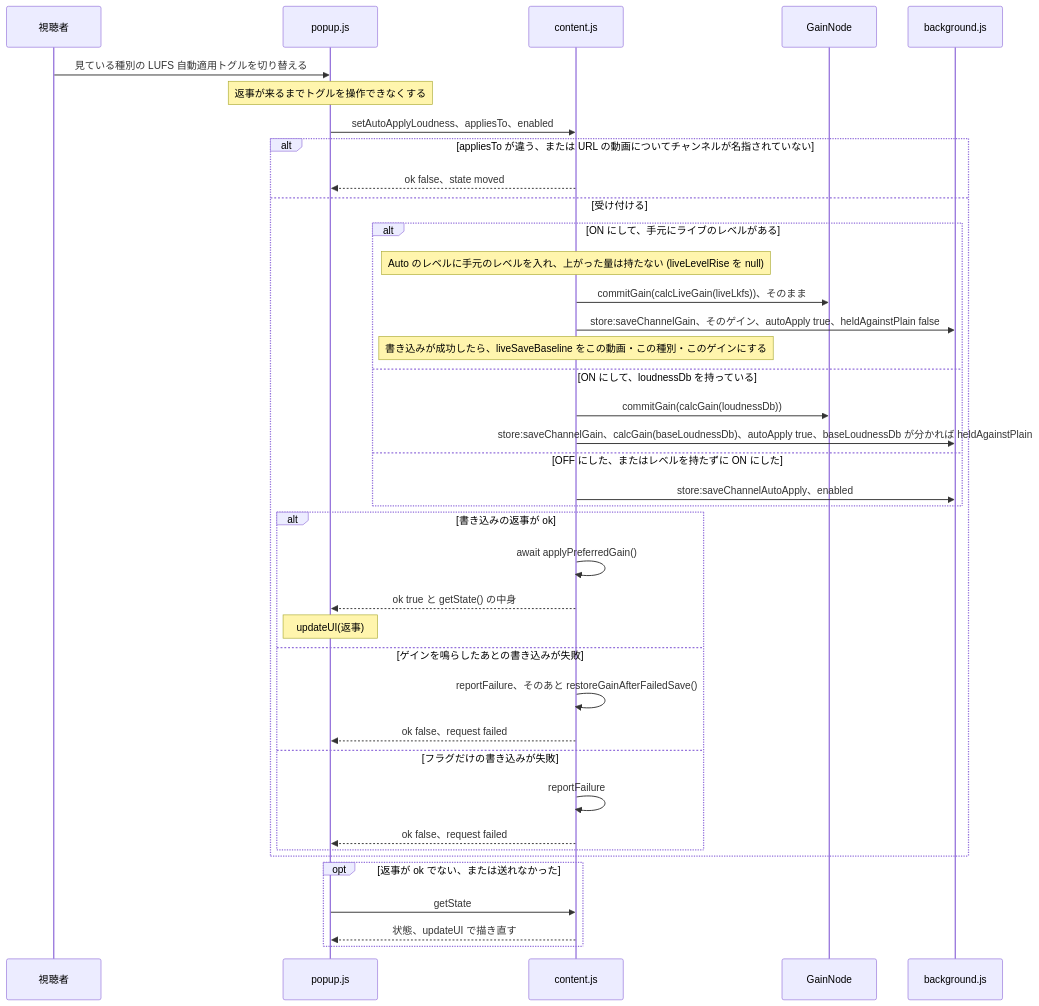
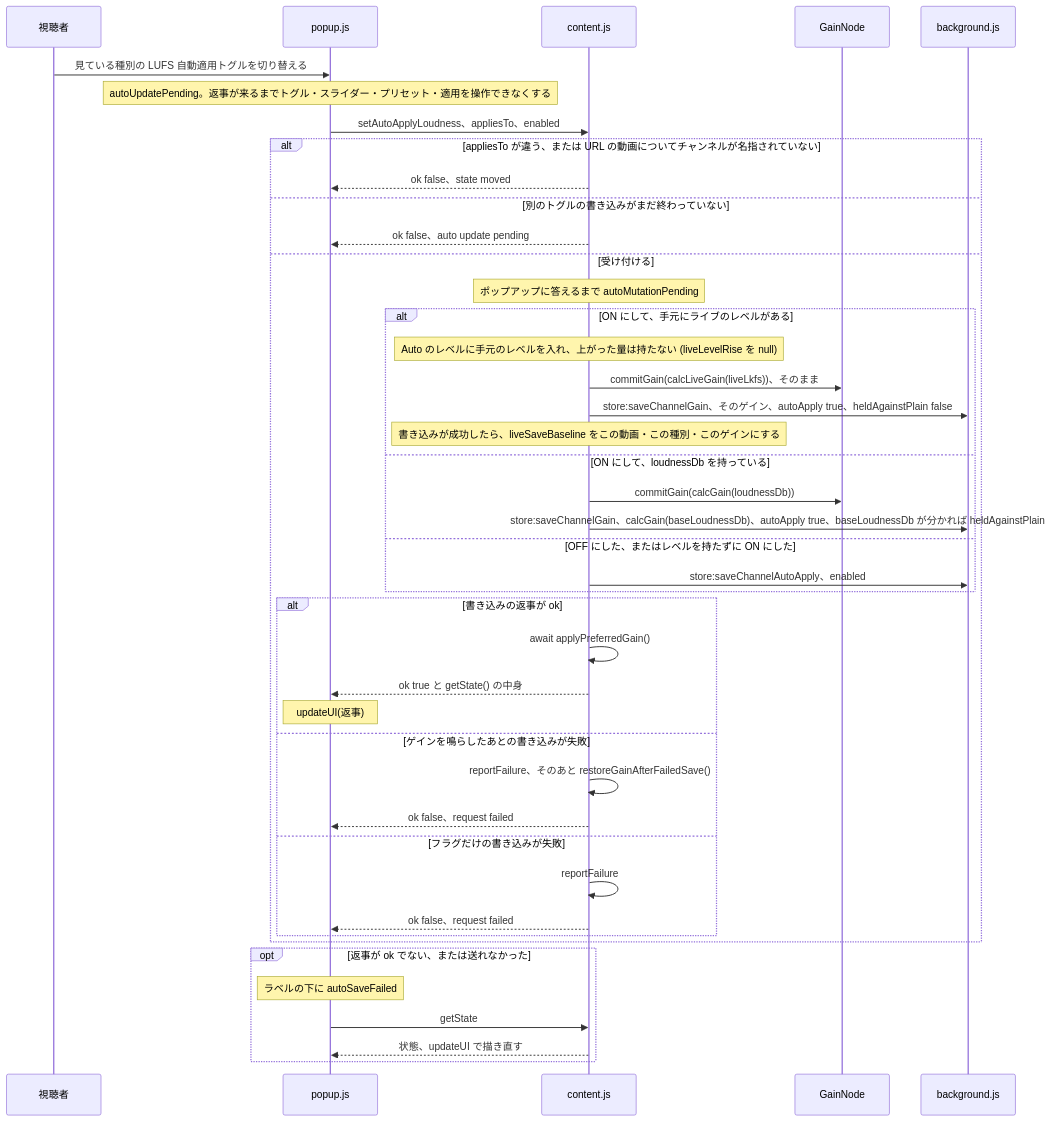
One commit to semnil/yt-channel-volume changed the sixth of 14 diagrams in docs/gain-change-and-save.ja.md. Above: the diagram before and after it, drawn with Mermaid. The commit also changed other lines of this file and 9 other files, not shown here.

Commit message:
fix: hold the popup's gain gestures while an Auto toggle's save is out, and say when it is not saved

````diff
--- a/docs/gain-change-and-save.ja.md
+++ b/docs/gain-change-and-save.ja.md
@@ -304,41 +308,45 @@
 ```mermaid
 sequenceDiagram
   participant V as 視聴者
   participant P as popup.js
   participant C as content.js
   participant G as GainNode
   participant W as background.js
   V->>P: 見ている種別の LUFS 自動適用トグルを切り替える
-  Note over P: 返事が来るまでトグルを操作できなくする
+  Note over P: autoUpdatePending。返事が来るまでトグル・スライダー・プリセット・適用を操作できなくする
   P->>C: setAutoApplyLoudness、appliesTo、enabled
   alt appliesTo が違う、または URL の動画についてチャンネルが名指されていない
     C-->>P: ok false、state moved
+  else 別のトグルの書き込みがまだ終わっていない
+    C-->>P: ok false、auto update pending
   else 受け付ける
+    Note over C: ポップアップに答えるまで autoMutationPending
     alt ON にして、手元にライブのレベルがある
       Note over C: Auto のレベルに手元のレベルを入れ、上がった量は持たない (liveLevelRise を null)
       C->>G: commitGain(calcLiveGain(liveLkfs))、そのまま
       C->>W: store:saveChannelGain、そのゲイン、autoApply true、heldAgainstPlain false
       Note over C: 書き込みが成功したら、liveSaveBaseline をこの動画・この種別・このゲインにする
     else ON にして、loudnessDb を持っている
       C->>G: commitGain(calcGain(loudnessDb))
       C->>W: store:saveChannelGain、calcGain(baseLoudnessDb)、autoApply true、baseLoudnessDb が分かれば heldAgainstPlain
     else OFF にした、またはレベルを持たずに ON にした
       C->>W: store:saveChannelAutoApply、enabled
     end
     alt 書き込みの返事が ok
       C->>C: await applyPreferredGain()
       C-->>P: ok true と getState() の中身
       Note over P: updateUI(返事)
     else ゲインを鳴らしたあとの書き込みが失敗
       C->>C: reportFailure、そのあと restoreGainAfterFailedSave()
       C-->>P: ok false、request failed
     else フラグだけの書き込みが失敗
       C->>C: reportFailure
       C-->>P: ok false、request failed
     end
   end
   opt 返事が ok でない、または送れなかった
+    Note over P: ラベルの下に autoSaveFailed
     P->>C: getState
     C-->>P: 状態、updateUI で描き直す
   end
 ```
````
